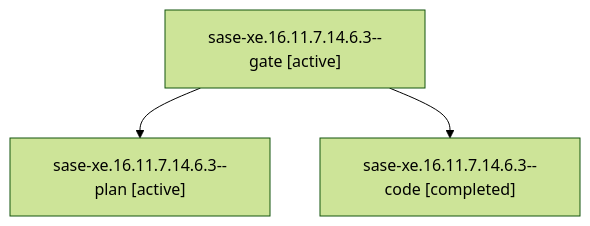
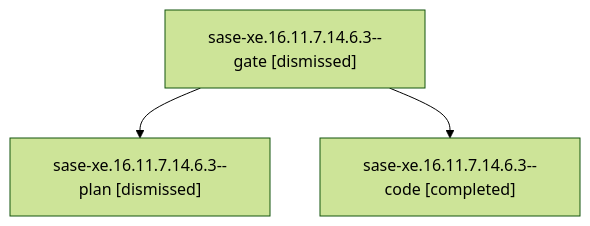
The diagram in sessions/bbugyi200.athena.sase-xe.16.11.7.14.6.3.md (sase-org/sase--agents), drawn with Mermaid (forest theme) before and after one commit. The commit also changed other lines of this file and 277 other files, not shown here.

````diff
--- a/sessions/bbugyi200.athena.sase-xe.16.11.7.14.6.3.md
+++ b/sessions/bbugyi200.athena.sase-xe.16.11.7.14.6.3.md
@@ -9,8 +9,8 @@
 ```mermaid
 flowchart TD
-  n0["sase-xe.16.11.7.14.6.3--gate [active]"]
-  n1["sase-xe.16.11.7.14.6.3--plan [active]"]
+  n0["sase-xe.16.11.7.14.6.3--gate [dismissed]"]
+  n1["sase-xe.16.11.7.14.6.3--plan [dismissed]"]
   n0 --> n1
   n2["sase-xe.16.11.7.14.6.3--code [completed]"]
   n0 --> n2
 ```
````
